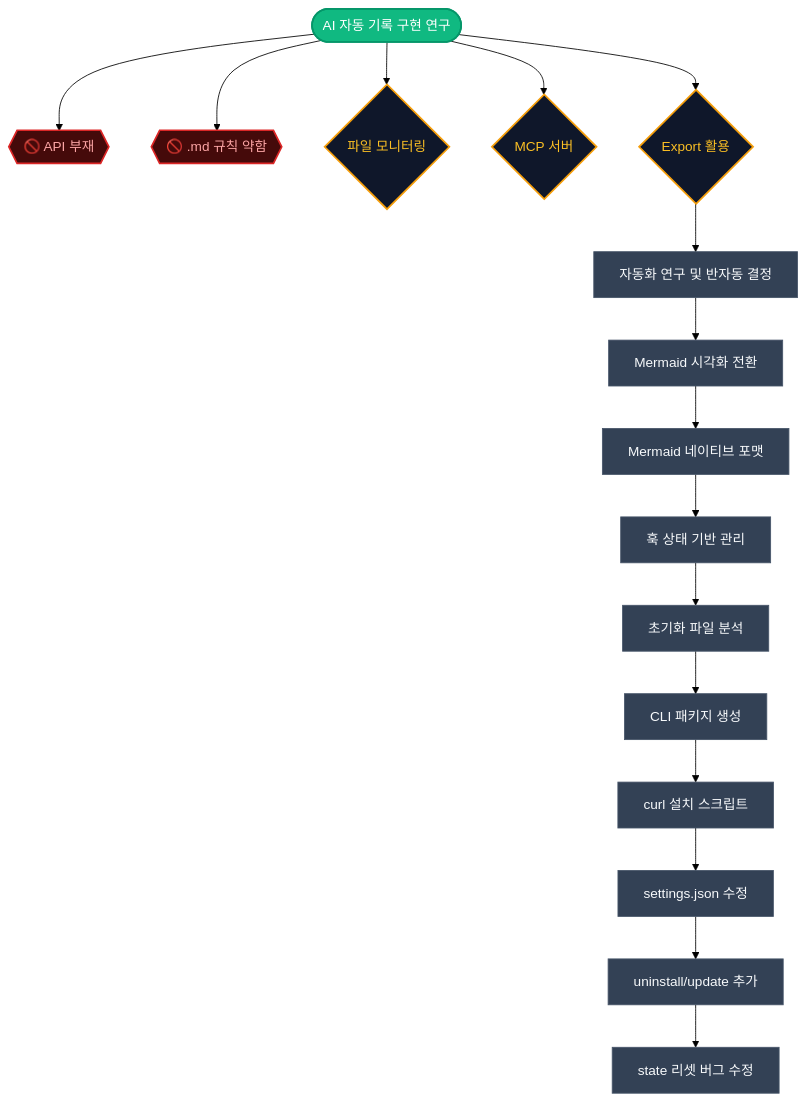
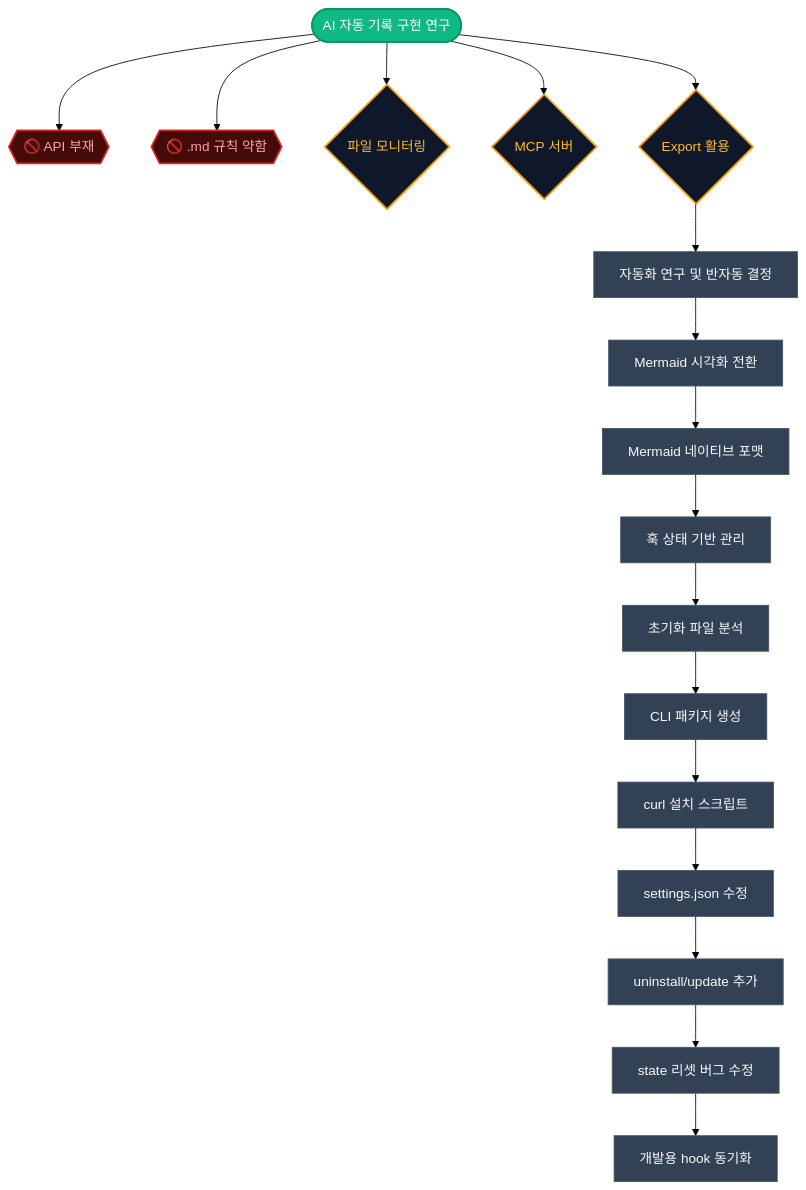
One commit to NamHyeongKeol/viz-vibe changed the diagram in trajectory.mmd. Above: the diagram before and after it, drawn with Mermaid (forest theme). The commit also changed 26 other files, not shown here.

```diff
--- a/trajectory.mmd
+++ b/trajectory.mmd
@@ -1,81 +1,86 @@
 flowchart TD
     %% @node_research_start [start]: AI가 바이브코딩 중 작업 내역을 자동으로 trajectory에 기록하도록 만드는 방법 탐색
     node_research_start(["AI 자동 기록 구현 연구"])
 
     %% @node_deadend_no_hook [blocker]: Antigravity가 대화 턴 시작/종료 Hook이나 대화록 접근 API를 제공하지 않음
     node_deadend_no_hook{{"🚫 API 부재"}}
 
     %% @node_deadend_md_weak [blocker]: .agent/rules/vizvibe.md에 규칙 설정했으나 AI가 자동 적용하지 않음
     node_deadend_md_weak{{"🚫 .md 규칙 약함"}}
 
     %% @node_approach_file_monitor [condition]: 대화록 파일 변경 감지 후 유저에게 알림
     node_approach_file_monitor{"파일 모니터링"}
 
     %% @node_approach_mcp_server [condition]: MCP 서버로 update_trajectory 도구 제공
     node_approach_mcp_server{"MCP 서버"}
 
     %% @node_approach_export [condition]: Antigravity 대화록 export 기능 활용
     node_approach_export{"Export 활용"}
 
     %% @node_automation_research [ai-task]: AI 자동 기록 자동화 불가 확인, 반자동 방식으로 전환
     node_automation_research["자동화 연구 및 반자동 결정"]
 
     %% @node_mermaid_migration [ai-task]: VizFlowEditorProvider를 Mermaid.js 기반으로 전환
     node_mermaid_migration["Mermaid 시각화 전환"]
 
     %% @node_mermaid_native [ai-task]: JSON에서 Mermaid 네이티브 포맷으로 완전 전환
     node_mermaid_native["Mermaid 네이티브 포맷"]
 
     %% @node_hook_state [ai-task]: 훅 중복 방지를 키워드에서 state.json 기반으로 변경
     node_hook_state["훅 상태 기반 관리"]
 
     %% @node_init_analysis [ai-task]: 사용자 프로젝트 초기화 시 필요한 파일 분석
     node_init_analysis["초기화 파일 분석"]
 
     %% @node_cli_package [ai-task]: Claude Code 사용자를 위한 npx @viz-vibe/cli init 패키지 생성
     node_cli_package["CLI 패키지 생성"]
 
     %% @node_curl_install [ai-task]: curl install.sh 스크립트 생성 및 README Getting Started 추가
     node_curl_install["curl 설치 스크립트"]
 
     %% @node_fix_settings [ai-task]: hooks.json을 settings.json으로 수정 (Claude Code 훅 인식 문제 해결)
     node_fix_settings["settings.json 수정"]
 
     %% @node_cli_commands [ai-task]: uninstall, update 명령어 추가 (curl + CLI)
     node_cli_commands["uninstall/update 추가"]
 
     %% @node_state_fix [ai-task]: stop_hook_active 시 state idle 리셋 버그 수정
     node_state_fix["state 리셋 버그 수정"]
 
+    %% @node_dev_hook_sync [ai-task]: 개발용 hook 파일(.claude/hooks/)과 템플릿(cli/templates/) 동기화 누락 수정
+    node_dev_hook_sync["개발용 hook 동기화"]
+
     node_research_start --> node_deadend_no_hook
     node_research_start --> node_deadend_md_weak
     node_research_start --> node_approach_file_monitor
     node_research_start --> node_approach_mcp_server
     node_research_start --> node_approach_export
     node_approach_export --> node_automation_research
     node_automation_research --> node_mermaid_migration
     node_mermaid_migration --> node_mermaid_native
     node_mermaid_native --> node_hook_state
     node_hook_state --> node_init_analysis
     node_init_analysis --> node_cli_package
     node_cli_package --> node_curl_install
     node_curl_install --> node_fix_settings
     node_fix_settings --> node_cli_commands
     node_cli_commands --> node_state_fix
+    node_state_fix --> node_dev_hook_sync
 
     style node_research_start fill:#10b981,stroke:#059669,color:#fff,stroke-width:2px
     style node_deadend_no_hook fill:#450a0a,stroke:#dc2626,color:#fca5a5,stroke-width:2px
     style node_deadend_md_weak fill:#450a0a,stroke:#dc2626,color:#fca5a5,stroke-width:2px
     style node_approach_file_monitor fill:#0f172a,stroke:#f59e0b,color:#fbbf24,stroke-width:2px
     style node_approach_mcp_server fill:#0f172a,stroke:#f59e0b,color:#fbbf24,stroke-width:2px
     style node_approach_export fill:#0f172a,stroke:#f59e0b,color:#fbbf24,stroke-width:2px
     style node_automation_research fill:#334155,stroke:#475569,color:#f8fafc,stroke-width:1px
     style node_mermaid_migration fill:#334155,stroke:#475569,color:#f8fafc,stroke-width:1px
     style node_mermaid_native fill:#334155,stroke:#475569,color:#f8fafc,stroke-width:1px
     style node_hook_state fill:#334155,stroke:#475569,color:#f8fafc,stroke-width:1px
     style node_init_analysis fill:#334155,stroke:#475569,color:#f8fafc,stroke-width:1px
     style node_cli_package fill:#334155,stroke:#475569,color:#f8fafc,stroke-width:1px
     style node_curl_install fill:#334155,stroke:#475569,color:#f8fafc,stroke-width:1px
     style node_fix_settings fill:#334155,stroke:#475569,color:#f8fafc,stroke-width:1px
     style node_cli_commands fill:#334155,stroke:#475569,color:#f8fafc,stroke-width:1px
     style node_state_fix fill:#334155,stroke:#475569,color:#f8fafc,stroke-width:1px
+    style node_dev_hook_sync fill:#334155,stroke:#475569,color:#f8fafc,stroke-width:1px
```
